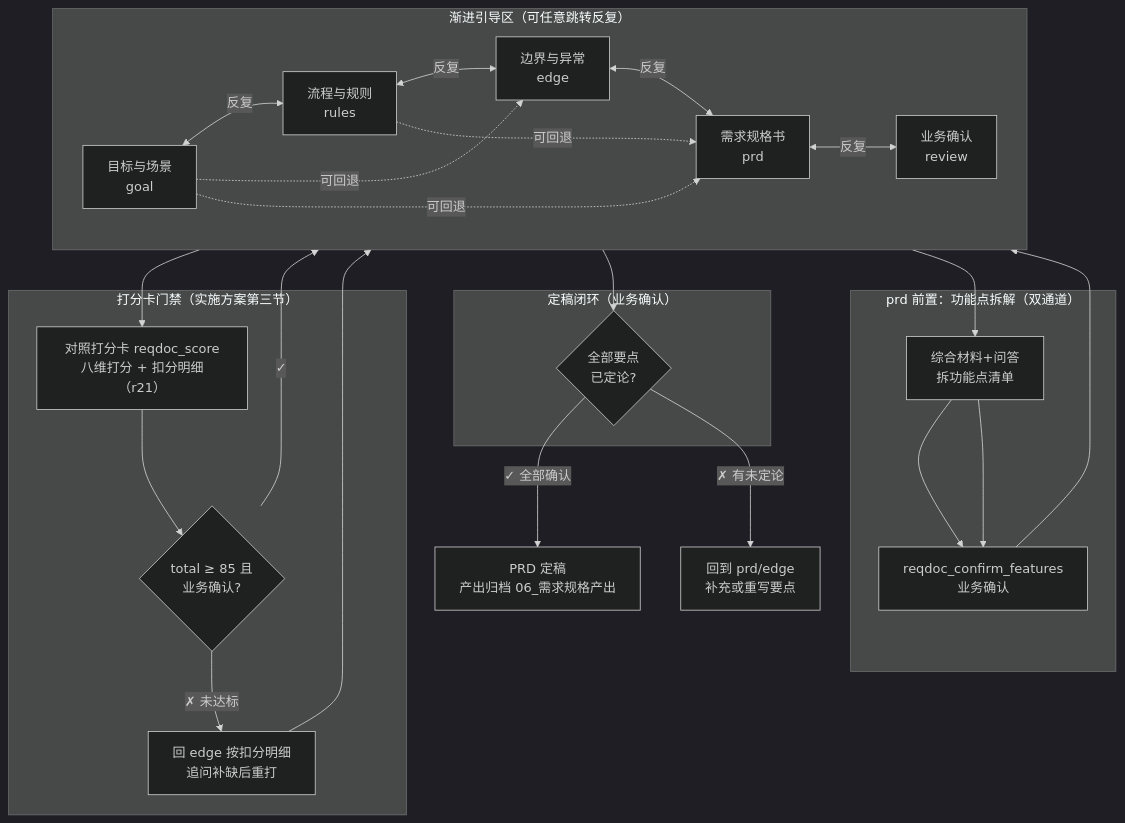
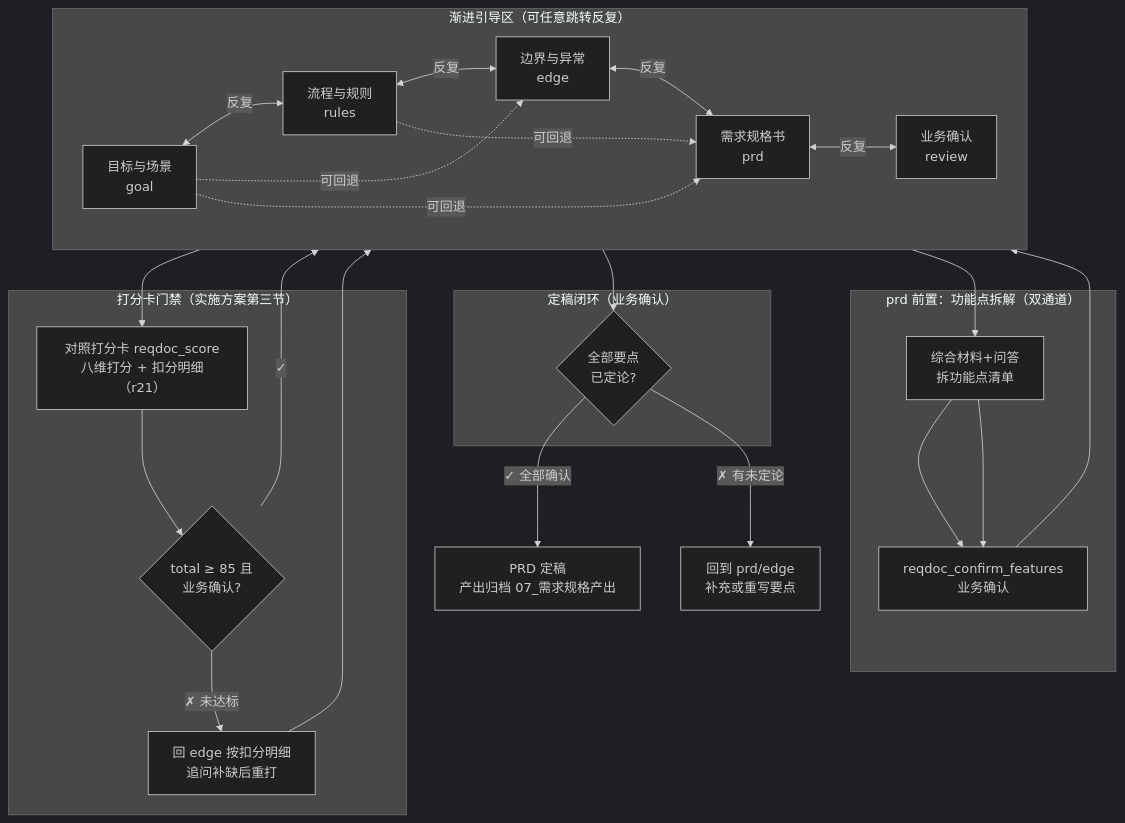
One commit to wonglaitung/opencode changed the second of 4 diagrams in opencode-session-mgmt/docs/workflow-reqdoc.md. Above: the diagram before and after it, drawn with Mermaid (dark theme). The commit also changed other lines of this file and 37 other files, not shown here.

````diff
--- a/opencode-session-mgmt/docs/workflow-reqdoc.md
+++ b/opencode-session-mgmt/docs/workflow-reqdoc.md
@@ -42,35 +42,35 @@
 ```mermaid
 graph TB
     subgraph IterationZone["渐进引导区（可任意跳转反复）"]
         direction LR
         G["目标与场景<br/>goal"] <-->|"反复"| R["流程与规则<br/>rules"]
         R <-->|"反复"| E["边界与异常<br/>edge"]
         E <-->|"反复"| P["需求规格书<br/>prd"]
         P <-->|"反复"| RV["业务确认<br/>review"]
         G -.->|"可回退"| E
         G -.->|"可回退"| P
         R -.->|"可回退"| P
     end
     subgraph FeatureZone["prd 前置：功能点拆解（双通道）"]
         F["综合材料+问答<br/>拆功能点清单"] --> FC["reqdoc_confirm_features<br/>业务确认"]
     end
 
     subgraph ScoreGate["打分卡门禁（实施方案第三节）"]
         SC["对照打分卡 reqdoc_score<br/>八维打分 + 扣分明细（r21）"] --> SG{"total ≥ 85 且<br/>业务确认?"}
         SG -->|"✗ 未达标"| EBACK["回 edge 按扣分明细<br/>追问补缺后重打"]
     end
 
     subgraph Close["定稿闭环（业务确认）"]
         C{"全部要点<br/>已定论?"}
     end
 
     IterationZone --> F
     F --> FC
     FC --> IterationZone
     E --> SC
     SG -->|"✓"| P
     EBACK --> E
     IterationZone --> C
-    C -->|"✓ 全部确认"| PRD["PRD 定稿<br/>产出归档 06_需求规格产出"]
+    C -->|"✓ 全部确认"| PRD["PRD 定稿<br/>产出归档 07_需求规格产出"]
     C -->|"✗ 有未定论"| BACK["回到 prd/edge<br/>补充或重写要点"]
 ```
````
